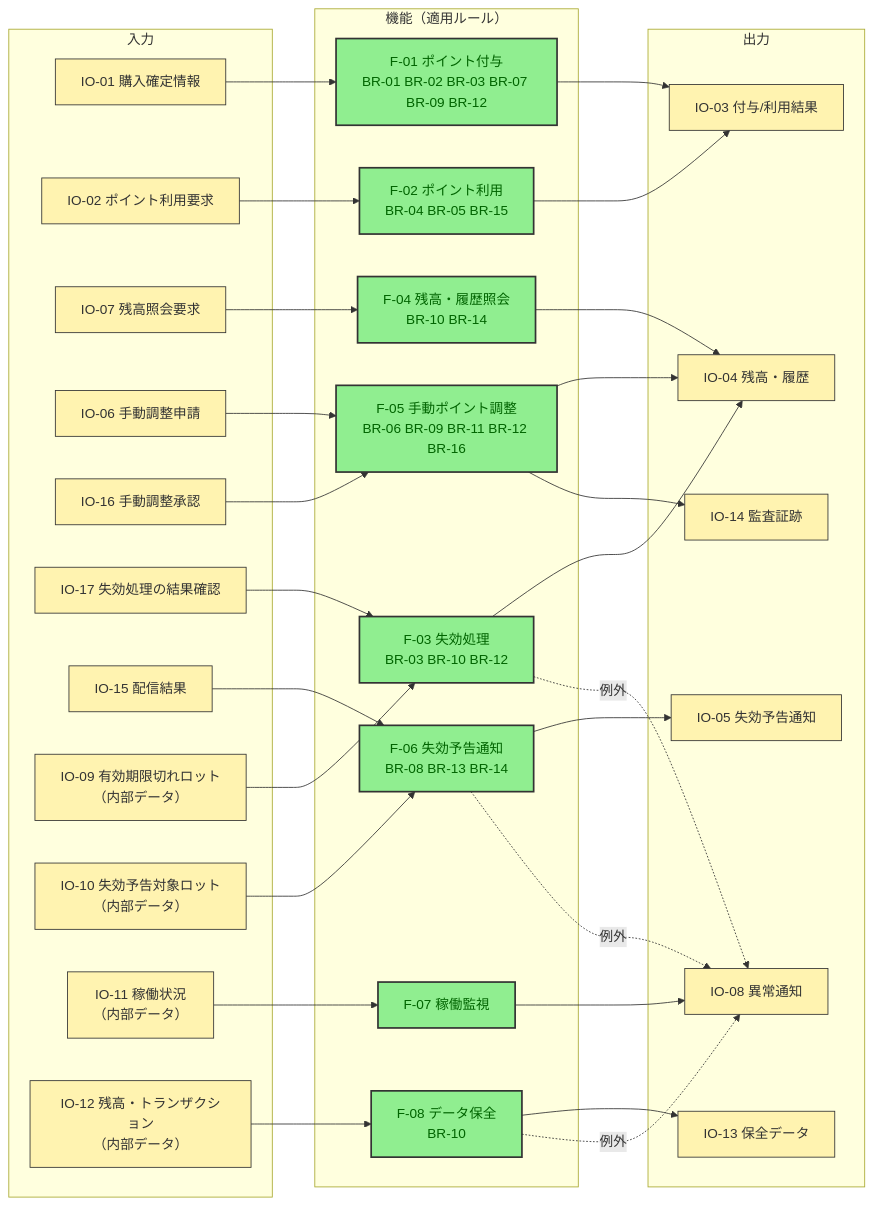
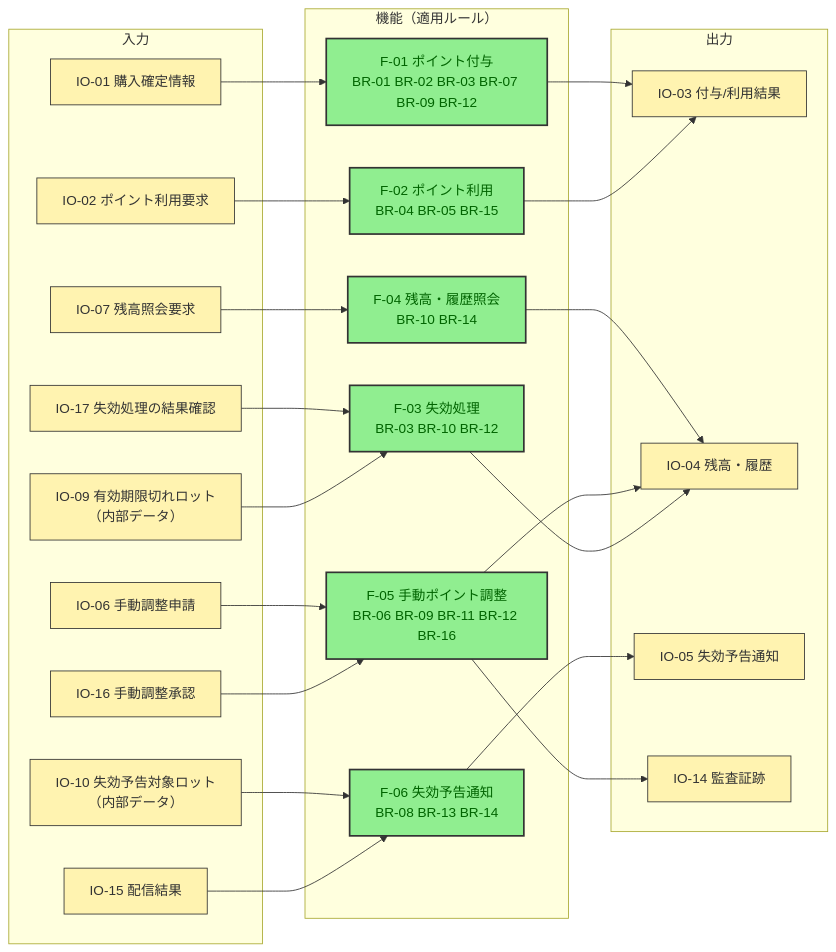
One commit to kasiopeiya/claude-dev-template changed the eighth of 13 diagrams in samples/docs/requirements.md. Above: the diagram before and after it, drawn with Mermaid. The commit also changed other lines of this file and 3 other files, not shown here.

````diff
--- a/samples/docs/requirements.md
+++ b/samples/docs/requirements.md
@@ -877,58 +785,46 @@
 ```mermaid
 flowchart LR
     subgraph IN["入力"]
         io1["IO-01 購入確定情報"]
         io2["IO-02 ポイント利用要求"]
         io7["IO-07 残高照会要求"]
         io6["IO-06 手動調整申請"]
         io16["IO-16 手動調整承認"]
         io17["IO-17 失効処理の結果確認"]
         io15["IO-15 配信結果"]
         d1["IO-09 有効期限切れロット<br/>（内部データ）"]
         d2["IO-10 失効予告対象ロット<br/>（内部データ）"]
-        d3["IO-11 稼働状況<br/>（内部データ）"]
-        d4["IO-12 残高・トランザクション<br/>（内部データ）"]
     end
 
     subgraph FUNC["機能（適用ルール）"]
         f1["F-01 ポイント付与<br/>BR-01 BR-02 BR-03 BR-07 BR-09 BR-12"]
         f2["F-02 ポイント利用<br/>BR-04 BR-05 BR-15"]
         f4["F-04 残高・履歴照会<br/>BR-10 BR-14"]
         f5["F-05 手動ポイント調整<br/>BR-06 BR-09 BR-11 BR-12 BR-16"]
         f3["F-03 失効処理<br/>BR-03 BR-10 BR-12"]
         f6["F-06 失効予告通知<br/>BR-08 BR-13 BR-14"]
-        f7["F-07 稼働監視"]
-        f8["F-08 データ保全<br/>BR-10"]
     end
 
     subgraph OUT["出力"]
         io3["IO-03 付与/利用結果"]
         io4["IO-04 残高・履歴"]
         io5["IO-05 失効予告通知"]
-        io8["IO-08 異常通知"]
-        io13["IO-13 保全データ"]
         io14["IO-14 監査証跡"]
     end
 
     io1 --> f1 --> io3
     io2 --> f2 --> io3
     io7 --> f4 --> io4
     io6 --> f5 --> io4
     io16 --> f5
     io17 --> f3
     f5 --> io14
     d1 --> f3 --> io4
     d2 --> f6 --> io5
     io15 --> f6
-    d3 --> f7 --> io8
-    d4 --> f8 --> io13
-
-    f3 -.->|例外| io8
-    f6 -.->|例外| io8
-    f8 -.->|例外| io8
 
     classDef io fill:#FFF3B0,stroke:#333,stroke-width:1px,color:#333
     classDef func fill:#90EE90,stroke:#333,stroke-width:2px,color:darkgreen
-    class io1,io2,io6,io7,io15,io16,io17,d1,d2,d3,d4,io3,io4,io5,io8,io13,io14 io
-    class f1,f2,f3,f4,f5,f6,f7,f8 func
+    class io1,io2,io6,io7,io15,io16,io17,d1,d2,io3,io4,io5,io14 io
+    class f1,f2,f3,f4,f5,f6 func
 ```
````
